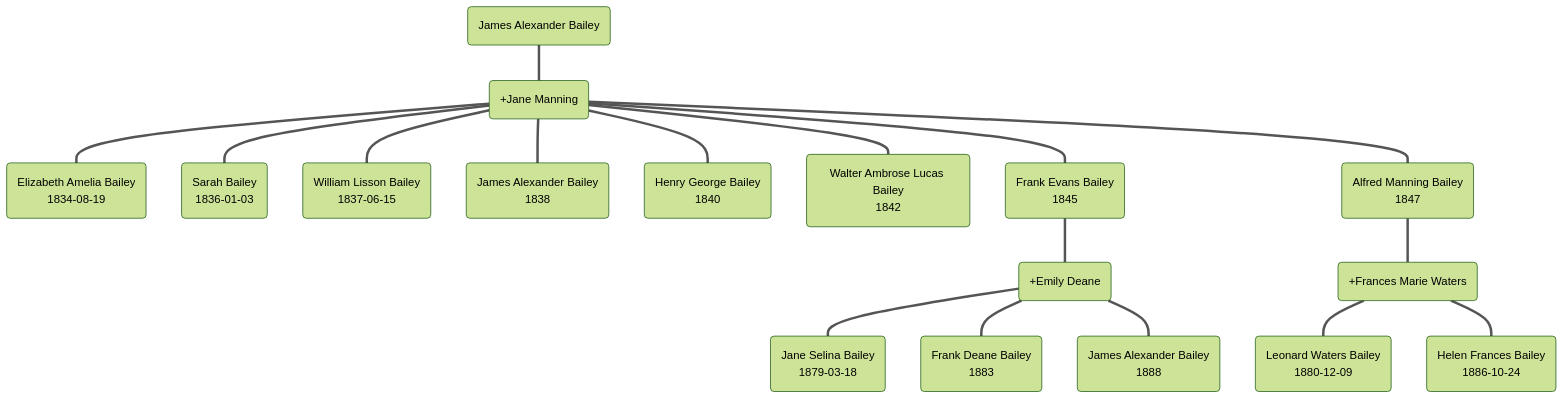
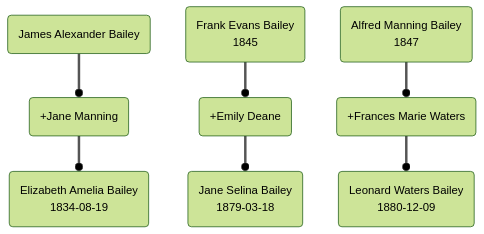
One commit to soul-family/family-tree changed the diagram in src-content/branch/diagrams/bailey.md. Above: the diagram before and after it, drawn with Mermaid (forest theme). The commit also changed other lines of this file and 97 other files, not shown here.

````diff
--- a/src-content/branch/diagrams/bailey.md
+++ b/src-content/branch/diagrams/bailey.md
@@ -3,21 +3,11 @@
 ```mermaid
 flowchart TD
-    james_bailey(James Alexander Bailey) === jane_manning(+Jane Manning)
-    jane_manning === 1834_elizabeth_bailey(Elizabeth Amelia Bailey<br/>1834-08-19)
-    jane_manning === 1836_sarah_bailey(Sarah Bailey<br/>1836-01-03)
-    jane_manning === 1837_william_bailey(William Lisson Bailey<br/>1837-06-15)
-    jane_manning === 1838_james_bailey(James Alexander Bailey<br/>1838)
-    jane_manning === 1840_henry_bailey(Henry George Bailey<br/>1840)
-    jane_manning === 1842_walter_bailey(Walter Ambrose Lucas Bailey<br/>1842)
-    jane_manning === 1845_frank_bailey(Frank Evans Bailey<br/>1845)
-    jane_manning === 1847_alfred_bailey(Alfred Manning Bailey<br/>1847)
-    1845_frank_bailey === emily_deane(+Emily Deane)
-    emily_deane === 1879_jane_bailey(Jane Selina Bailey<br/>1879-03-18)
-    emily_deane === 1883_frank_bailey(Frank Deane Bailey<br/>1883)
-    emily_deane === 1888_james_bailey(James Alexander Bailey<br/>1888)
-    1847_alfred_bailey === frances_waters(+Frances Marie Waters)
-    frances_waters === 1880_leonard_bailey(Leonard Waters Bailey<br/>1880-12-09)
-    frances_waters === 1886_helen_bailey(Helen Frances Bailey<br/>1886-10-24)
+    xxxx_james_bailey(James Alexander Bailey) ==o xxxx_jane_manning(+Jane Manning)
+    xxxx_jane_manning ==o 1834_elizabeth_bailey(Elizabeth Amelia Bailey<br/>1834-08-19)
+    1845_frank_bailey(Frank Evans Bailey<br/>1845) ==o xxxx_emily_deane(+Emily Deane)
+    xxxx_emily_deane ==o 1879_jane_bailey(Jane Selina Bailey<br/>1879-03-18)
+    1847_alfred_bailey(Alfred Manning Bailey<br/>1847) ==o xxxx_frances_waters(+Frances Marie Waters)
+    xxxx_frances_waters ==o 1880_leonard_bailey(Leonard Waters Bailey<br/>1880-12-09)
 
     linkStyle default stroke:#555
 ```
````
